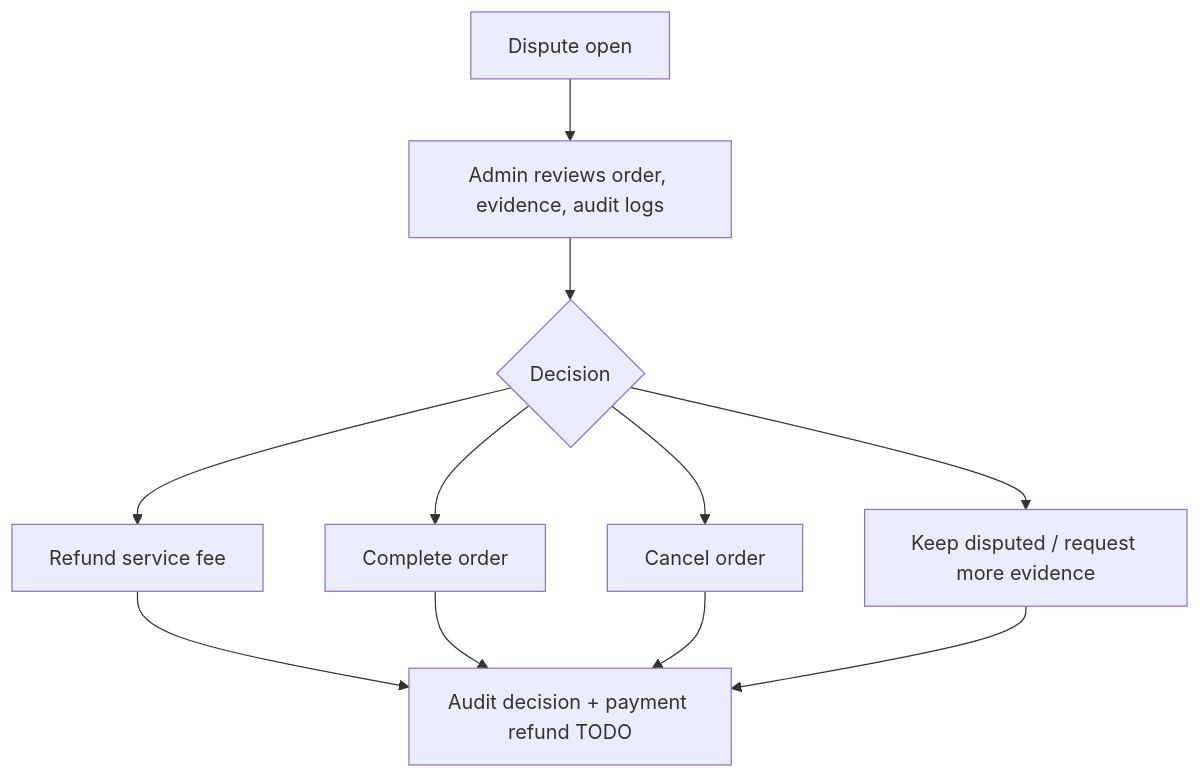
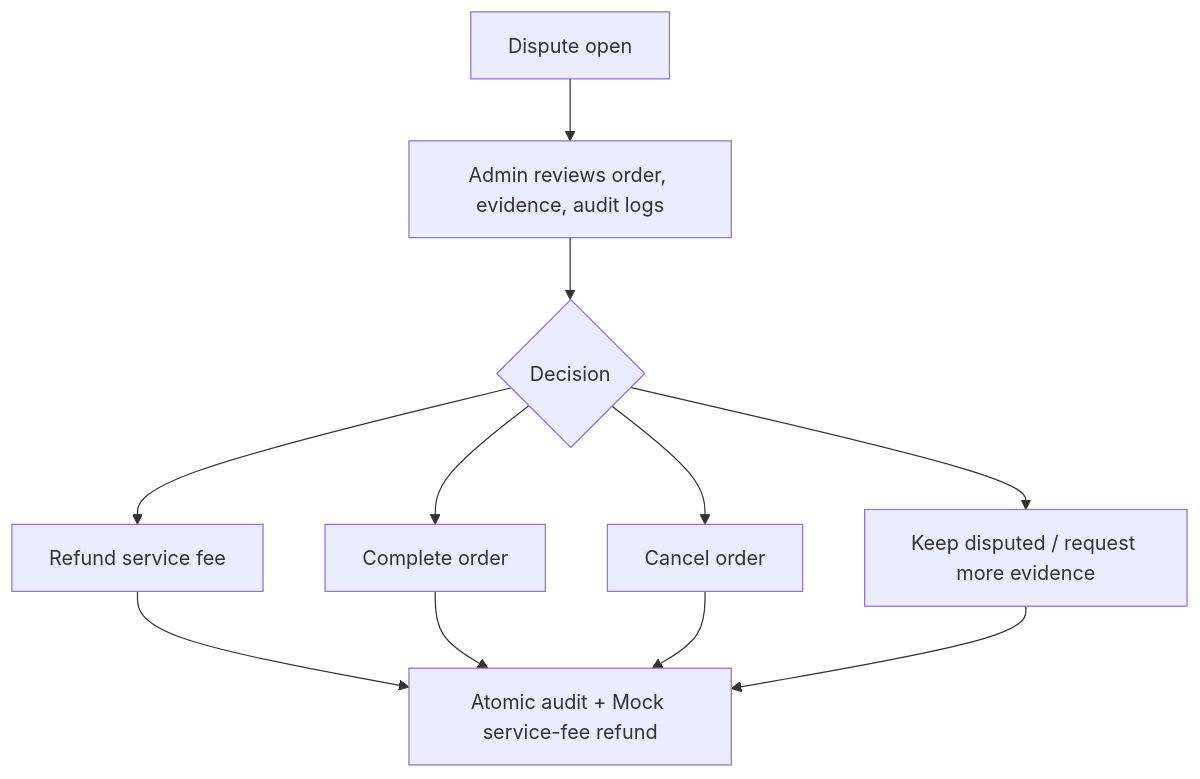
Before and after one commit to Alserial/Luggage_Courier_Service: the fourth of 4 diagrams in docs/architecture/evidence-dispute-flow.md, drawn with Mermaid. The commit also changed other lines of this file and 96 other files, not shown here.

````diff
--- a/docs/architecture/evidence-dispute-flow.md
+++ b/docs/architecture/evidence-dispute-flow.md
@@ -117,13 +114,13 @@
 ```mermaid
 flowchart TD
   A["Dispute open"] --> B["Admin reviews order, evidence, audit logs"]
   B --> C{"Decision"}
   C --> D["Refund service fee"]
   C --> E["Complete order"]
   C --> F["Cancel order"]
   C --> G["Keep disputed / request more evidence"]
-  D --> H["Audit decision + payment refund TODO"]
+  D --> H["Atomic audit + Mock service-fee refund"]
   E --> H
   F --> H
   G --> H
 ```
````
